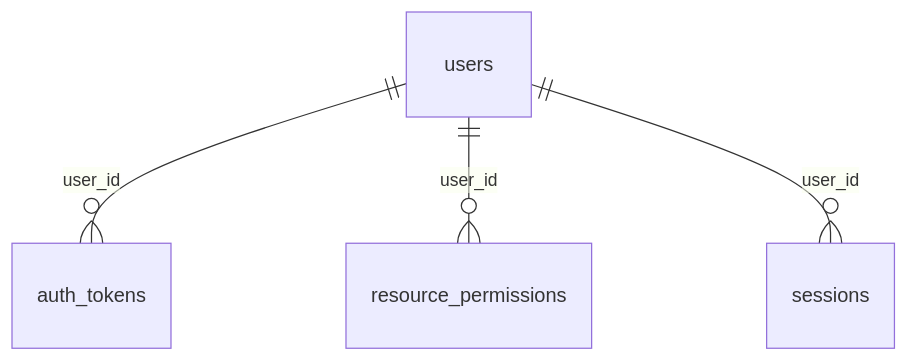
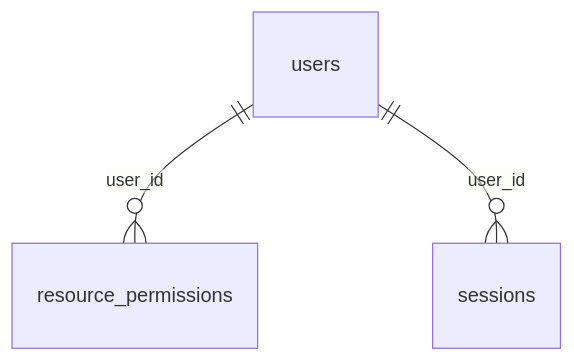
The diagram in documentation/database-design/erd/master.md (jayfalls/ace_prototype), drawn with Mermaid before and after one commit. The commit also changed 93 other files, not shown here.

````diff
--- a/documentation/database-design/erd/master.md
+++ b/documentation/database-design/erd/master.md
@@ -3,6 +3,5 @@
 ```mermaid
 erDiagram
-    users ||--o{ auth_tokens : "user_id"
     users ||--o{ resource_permissions : "user_id"
     users ||--o{ sessions : "user_id"
 ```
````
